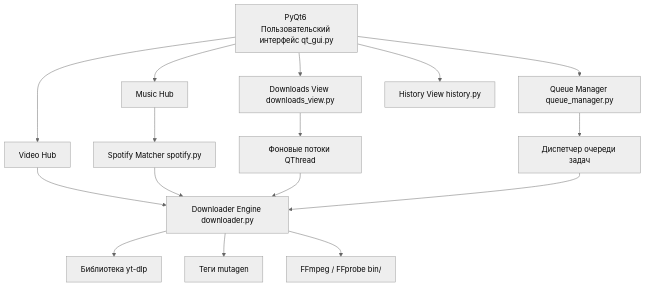
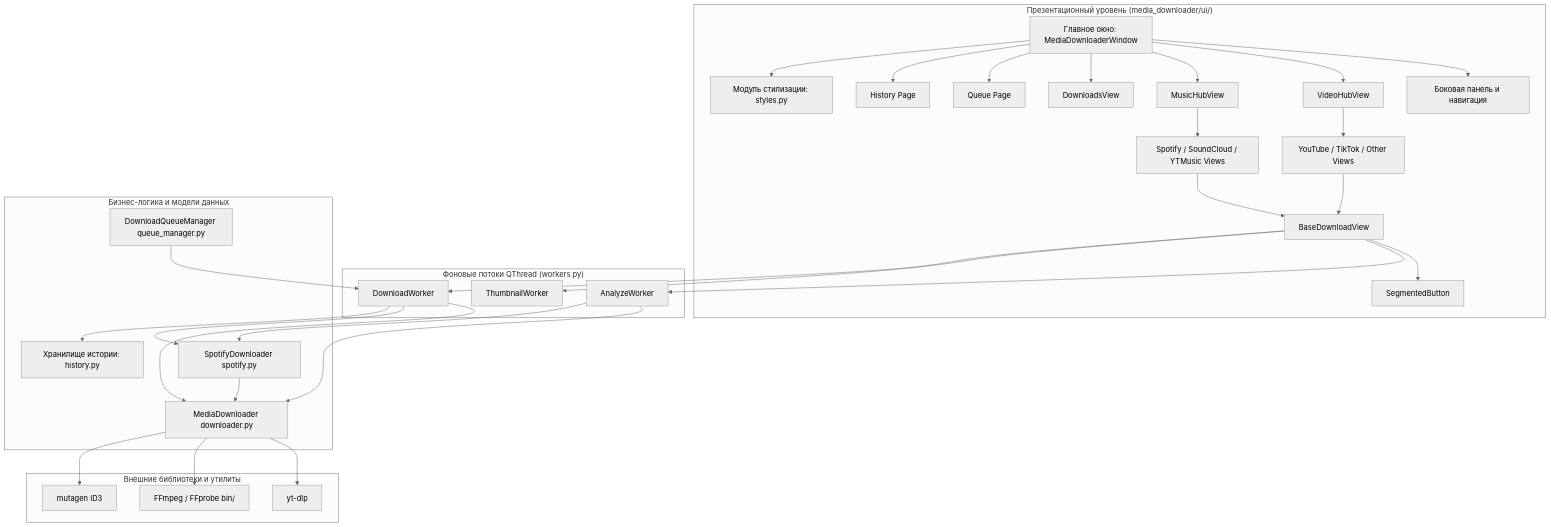
One commit to Raysout/MediaDownloader changed the diagram in ARCHITECTURE.md. Above: the diagram before and after it, drawn with Mermaid (neutral theme). The commit also changed other lines of this file and 9 other files, not shown here.

Commit message:
Refactor UI layer into modular architecture (styles, widgets, workers, views, main_window)

````diff
--- a/ARCHITECTURE.md
+++ b/ARCHITECTURE.md
@@ -11,21 +11,62 @@
 ```mermaid
 graph TD
-    UI[PyQt6 Пользовательский интерфейс qt_gui.py] --> HubV[Video Hub]
-    UI --> HubM[Music Hub]
-    UI --> DownView[Downloads View downloads_view.py]
-    UI --> QueueView[Queue Manager queue_manager.py]
-    UI --> HistView[History View history.py]
+    subgraph UI ["Презентационный уровень (media_downloader/ui/)"]
+        MW[Главное окно: MediaDownloaderWindow]
+        Sidebar[Боковая панель и навигация]
+        VHub[VideoHubView]
+        MHub[MusicHubView]
+        DView[DownloadsView]
+        QView[Queue Page]
+        HView[History Page]
+        Styles[Модуль стилизации: styles.py]
 
-    HubV --> DownloaderCore[Downloader Engine downloader.py]
-    HubM --> SpotifyCore[Spotify Matcher spotify.py]
-    SpotifyCore --> DownloaderCore
+        MW --> Sidebar
+        MW --> VHub
+        MW --> MHub
+        MW --> DView
+        MW --> QView
+        MW --> HView
+        MW --> Styles
 
-    DownloaderCore --> YTDLP[Библиотека yt-dlp]
-    DownloaderCore --> Mutagen[Теги mutagen]
-    DownloaderCore --> FFmpeg[FFmpeg / FFprobe bin/]
+        VHub --> VideoViews[YouTube / TikTok / Other Views]
+        MHub --> MusicViews[Spotify / SoundCloud / YTMusic Views]
+        VideoViews --> BaseView[BaseDownloadView]
+        MusicViews --> BaseView
+        BaseView --> Widgets[SegmentedButton]
+    end
 
-    DownView --> WorkerThread[Фоновые потоки QThread]
-    WorkerThread --> DownloaderCore
-    QueueView --> QueueThread[Диспетчер очереди задач]
-    QueueThread --> DownloaderCore
+    subgraph Workers ["Фоновые потоки QThread (workers.py)"]
+        AnalyzeW[AnalyzeWorker]
+        DownloadW[DownloadWorker]
+        ThumbW[ThumbnailWorker]
+
+        BaseView --> AnalyzeW
+        BaseView --> DownloadW
+        BaseView --> ThumbW
+    end
+
+    subgraph Core ["Бизнес-логика и модели данных"]
+        DownEngine[MediaDownloader downloader.py]
+        SpotMatcher[SpotifyDownloader spotify.py]
+        QManager[DownloadQueueManager queue_manager.py]
+        HistStore[Хранилище истории: history.py]
+
+        AnalyzeW --> DownEngine
+        AnalyzeW --> SpotMatcher
+        DownloadW --> DownEngine
+        DownloadW --> SpotMatcher
+        DownloadW --> HistStore
+        QManager --> DownloadW
+    end
+
+    subgraph Ext ["Внешние библиотеки и утилиты"]
+        YTDLP[yt-dlp]
+        Mutagen[mutagen ID3]
+        FFmpegBin[FFmpeg / FFprobe bin/]
+
+        DownEngine --> YTDLP
+        DownEngine --> FFmpegBin
+        DownEngine --> Mutagen
+        SpotMatcher --> DownEngine
+    end
 ```
````
